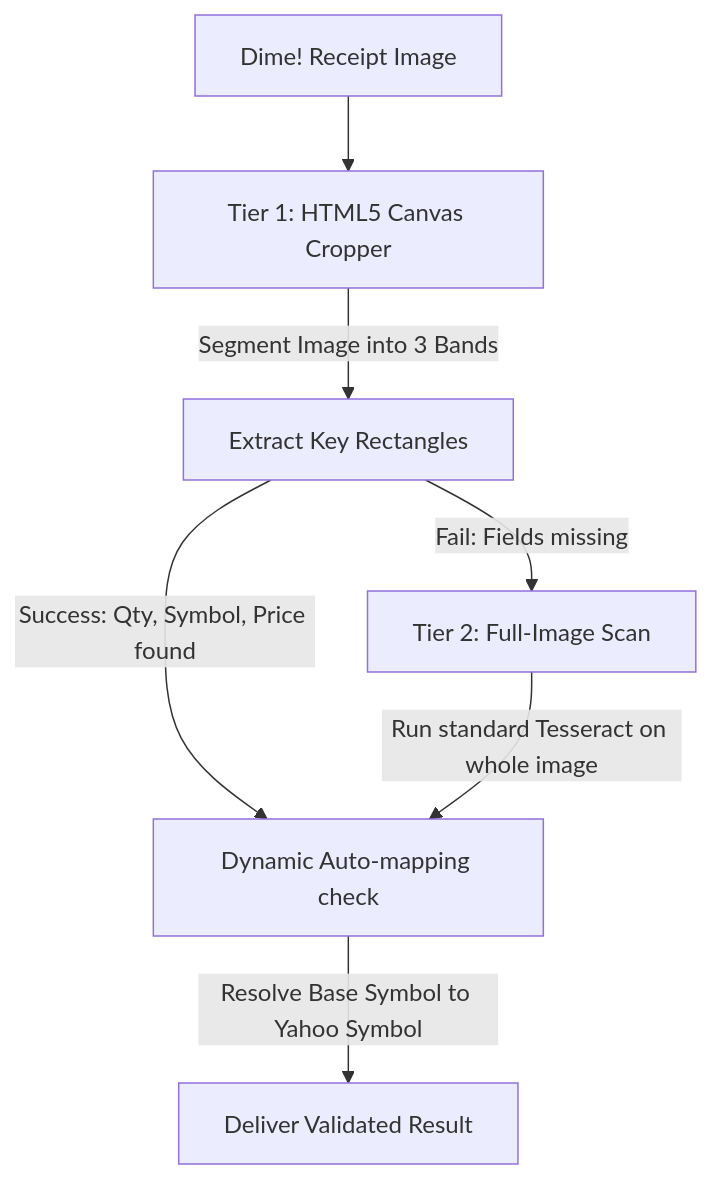
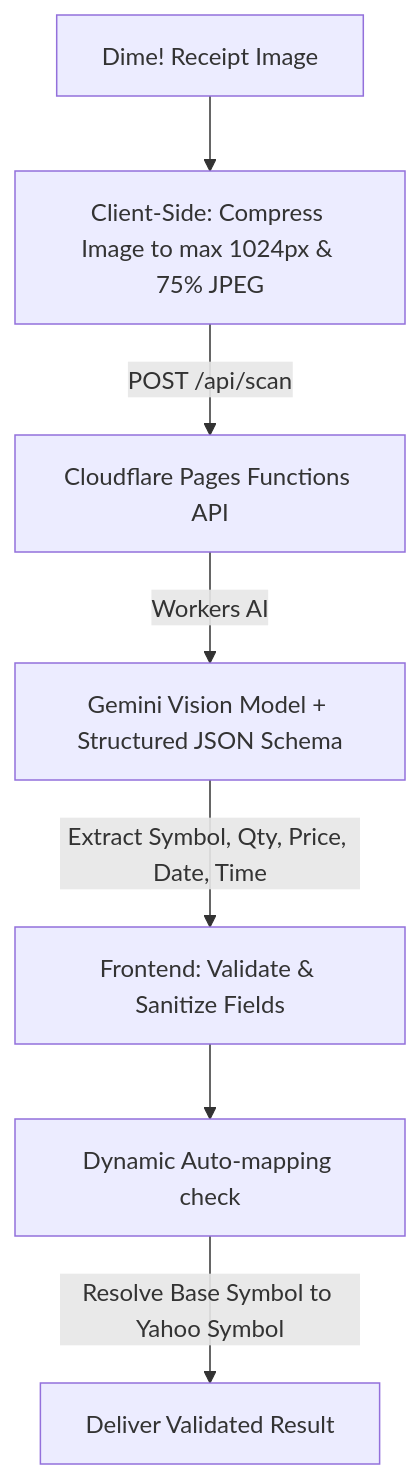
One commit to ballaaaa6/pixel-asset changed the second of 2 diagrams in PROJECT_CONTEXT.md. Above: the diagram before and after it, drawn with Mermaid. The commit also changed other lines of this file and 1 other file, not shown here.

Commit message:
Step 12: Update OCR architecture description in PROJECT_CONTEXT.md and PROJECT_STATE.md

````diff
--- a/PROJECT_CONTEXT.md
+++ b/PROJECT_CONTEXT.md
@@ -79,9 +79,9 @@
 ```mermaid
 graph TD
-    Receipt[Dime! Receipt Image] --> Tier1[Tier 1: HTML5 Canvas Cropper]
-    Tier1 -->|Segment Image into 3 Bands| OCR1[Extract Key Rectangles]
-    OCR1 -->|Success: Qty, Symbol, Price found| Automap[Dynamic Auto-mapping check]
-    OCR1 -->|Fail: Fields missing| Tier2[Tier 2: Full-Image Scan]
-    Tier2 -->|Run standard Tesseract on whole image| Automap
+    Receipt[Dime! Receipt Image] --> Compress[Client-Side: Compress Image to max 1024px & 75% JPEG]
+    Compress -->|POST /api/scan| CF[Cloudflare Pages Functions API]
+    CF -->|Workers AI| Gemini[Gemini Vision Model + Structured JSON Schema]
+    Gemini -->|Extract Symbol, Qty, Price, Date, Time| Validate[Frontend: Validate & Sanitize Fields]
+    Validate --> Automap[Dynamic Auto-mapping check]
     Automap -->|Resolve Base Symbol to Yahoo Symbol| Process[Deliver Validated Result]
 ```
````
